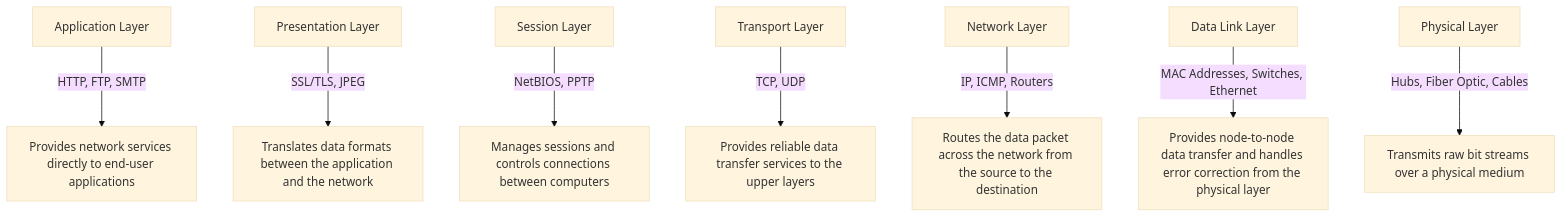
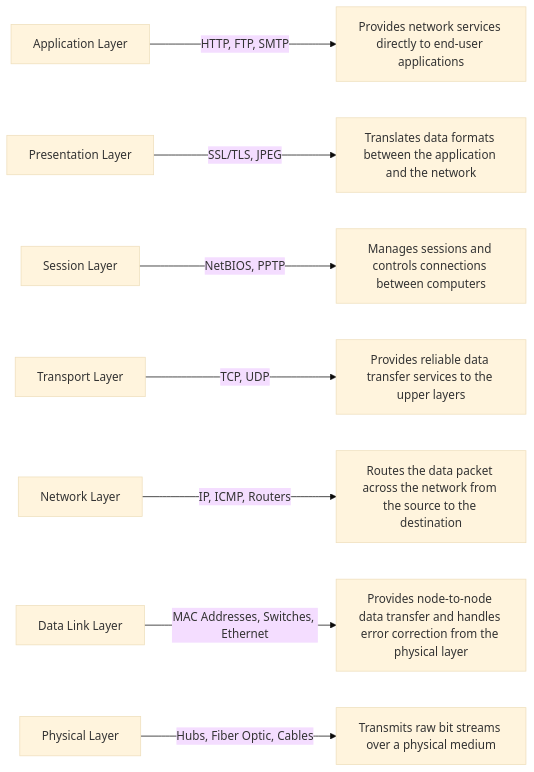
The diagram in API/API_使用策略.md (uwspstar/From-Zero-to-Hero), drawn with Mermaid (base theme) before and after one commit. The commit also changed other lines of this file, not shown here.

````diff
--- a/API/API_使用策略.md
+++ b/API/API_使用策略.md
@@ -283,10 +282,10 @@
 ```mermaid
-graph TD
+graph LR
     A[Application Layer] -->|HTTP, FTP, SMTP| A1[Provides network services directly to end-user applications]
     B[Presentation Layer] -->|SSL/TLS, JPEG| B1[Translates data formats between the application and the network]
     C[Session Layer] -->|NetBIOS, PPTP| C1[Manages sessions and controls connections between computers]
     D[Transport Layer] -->|TCP, UDP| D1[Provides reliable data transfer services to the upper layers]
     E[Network Layer] -->|IP, ICMP, Routers| E1[Routes the data packet across the network from the source to the destination]
     F[Data Link Layer] -->|MAC Addresses, Switches, Ethernet| F1[Provides node-to-node data transfer and handles error correction from the physical layer]
     G[Physical Layer] -->|Hubs, Fiber Optic, Cables| G1[Transmits raw bit streams over a physical medium]
 ```
````
